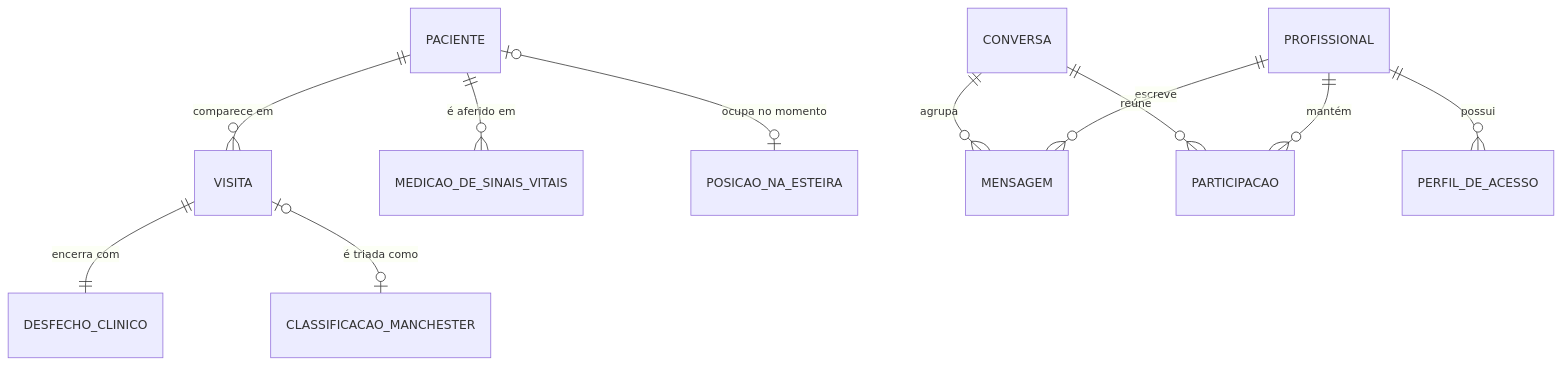
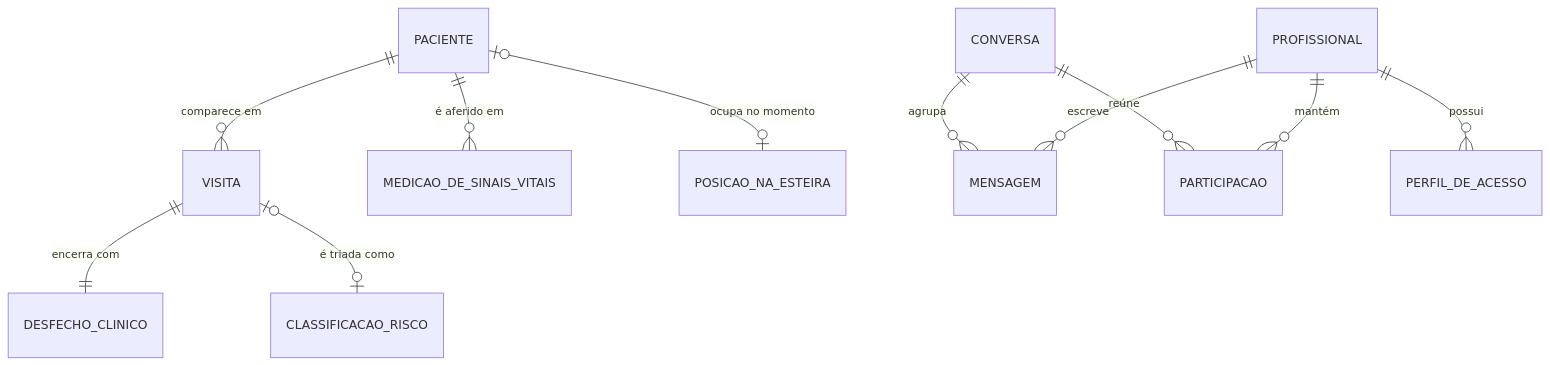
The tenth of 31 diagrams in DOCUMENTO_ENGENHARIA_SOFTWARE.md (MikaelDiogo/HealthHub_Mono), drawn with Mermaid before and after one commit. The commit also changed other lines of this file and 63 other files, not shown here.

First line of the commit message:
refactor: migra a esteira de Manchester para classificação de risco (cores manuais, sem tempos-alvo)

````diff
--- a/DOCUMENTO_ENGENHARIA_SOFTWARE.md
+++ b/DOCUMENTO_ENGENHARIA_SOFTWARE.md
@@ -746,14 +740,14 @@
 ```mermaid
 erDiagram
     PACIENTE ||--o{ VISITA : "comparece em"
     PACIENTE ||--o{ MEDICAO_DE_SINAIS_VITAIS : "é aferido em"
     PACIENTE |o--o| POSICAO_NA_ESTEIRA : "ocupa no momento"
     VISITA ||--|| DESFECHO_CLINICO : "encerra com"
-    VISITA |o--o| CLASSIFICACAO_MANCHESTER : "é triada como"
+    VISITA |o--o| CLASSIFICACAO_RISCO : "é triada como"
 
     PROFISSIONAL ||--o{ MENSAGEM : "escreve"
     PROFISSIONAL ||--o{ PARTICIPACAO : "mantém"
     CONVERSA ||--o{ PARTICIPACAO : "reúne"
     CONVERSA ||--o{ MENSAGEM : "agrupa"
     PROFISSIONAL ||--o{ PERFIL_DE_ACESSO : "possui"
 ```
````
